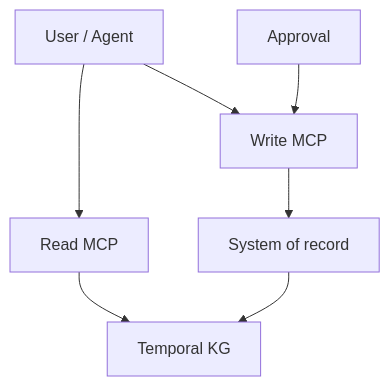
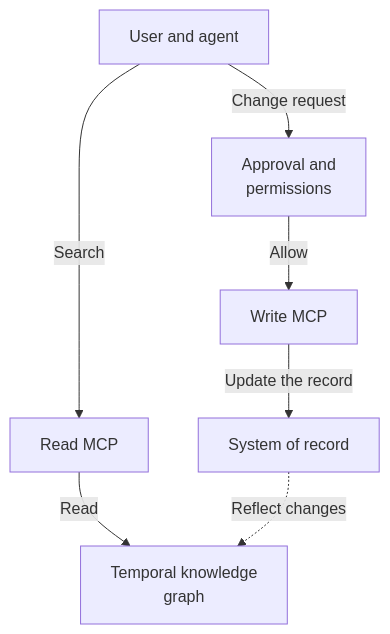
One commit to daylight55/research changed the fourth of 5 diagrams in articles/report/graphiti-mcp-memory/en/index.mdx. Above: the diagram before and after it, drawn with Mermaid. The commit also changed other lines of this file and 181 other files, not shown here.

First line of the commit message:
全記事の図解368点を再生成し、共通注意書きを削除 (#402)

````diff
--- a/articles/report/graphiti-mcp-memory/en/index.mdx
+++ b/articles/report/graphiti-mcp-memory/en/index.mdx
@@ -159,9 +177,17 @@
 ```mermaid
 flowchart TD
-  U["User / Agent"] --> R["Read MCP"]
-  U --> W["Write MCP"]
-  R --> KG["Temporal KG"]
-  W --> SYS["System of record"]
-  SYS --> KG
-  AP["Approval"] --> W
+  accTitle: Separate reference memory from changes to the system of record
+  accDescr: Read MCP queries the graph; Write MCP updates the system of record after approval, and its changes feed the graph.
+  N0["User and agent"]
+  N1["Read MCP"]
+  N2["Temporal knowledge<br/>graph"]
+  N3["Approval and<br/>permissions"]
+  N4["Write MCP"]
+  N5["System of record"]
+  N0 -->|Search| N1
+  N1 -->|Read| N2
+  N0 -->|Change request| N3
+  N3 -->|Allow| N4
+  N4 -->|Update the record| N5
+  N5 -.->|Reflect changes| N2
 ```
````
